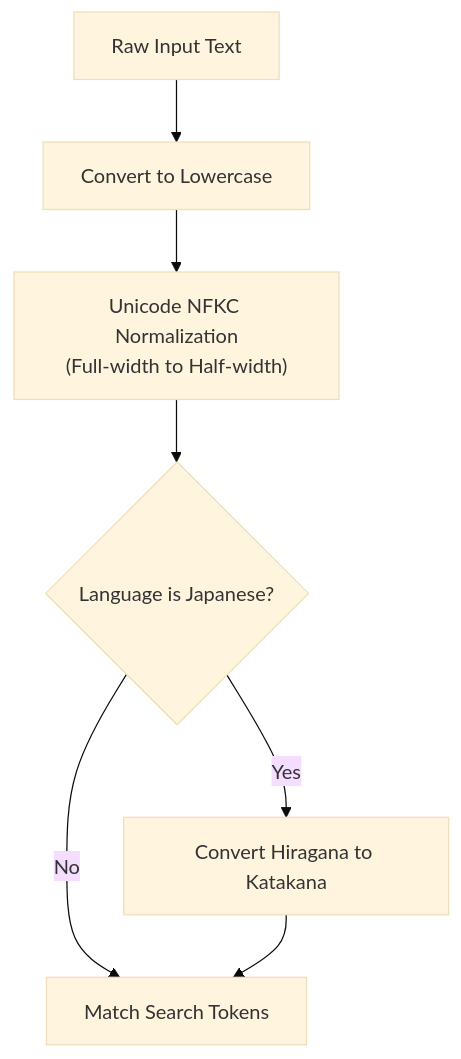
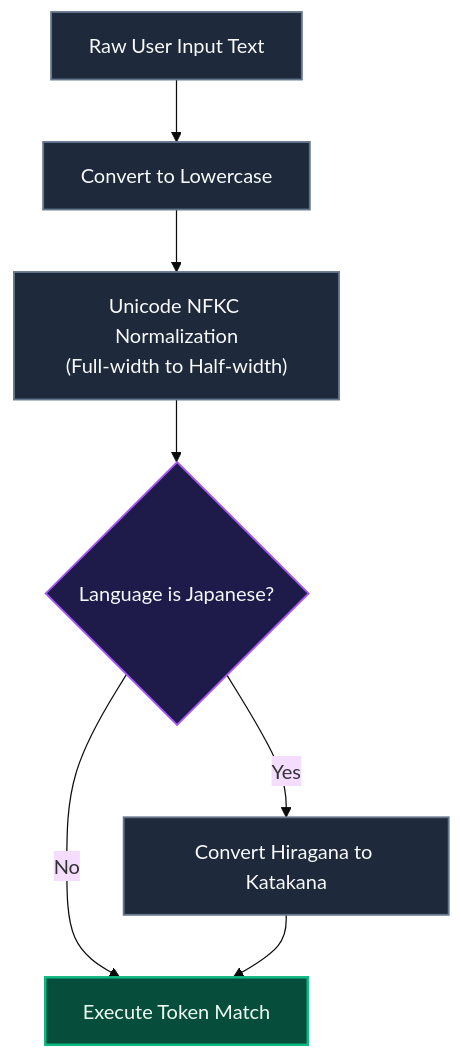
One commit to ScriptureHabit/scripture-habit changed the first of 2 diagrams in docs/incremental-book-suggestions.md. Above: the diagram before and after it, drawn with Mermaid (base theme). The commit also changed other lines of this file and 57 other files, not shown here.

Commit message:
docs: refine documentation prose and add structured diagram breakdowns across JA and EN

````diff
--- a/docs/incremental-book-suggestions.md
+++ b/docs/incremental-book-suggestions.md
@@ -11,9 +11,13 @@
 ```mermaid
 flowchart TD
-    Input["Raw Input Text"] --> Lower["Convert to Lowercase"]
-    Lower --> NFKC["Unicode NFKC Normalization<br/>(Full-width to Half-width)"]
-    NFKC --> IsJa{"Language is Japanese?"}
-    IsJa -- "Yes" --> HiraToKata["Convert Hiragana to Katakana"]
-    IsJa -- "No" --> Search["Match Search Tokens"]
+    classDef step fill:#1e293b,stroke:#64748b,stroke-width:1.5px,color:#f8fafc;
+    classDef branch fill:#1e1b4b,stroke:#a855f7,stroke-width:1.5px,color:#f8fafc;
+    classDef match fill:#064e3b,stroke:#10b981,stroke-width:2px,color:#f0fdf4;
+
+    Input["Raw User Input Text"]:::step --> Lower["Convert to Lowercase"]:::step
+    Lower --> NFKC["Unicode NFKC Normalization<br/>(Full-width to Half-width)"]:::step
+    NFKC --> IsJa{"Language is Japanese?"}:::branch
+    IsJa -- "Yes" --> HiraToKata["Convert Hiragana to Katakana"]:::step
+    IsJa -- "No" --> Search["Execute Token Match"]:::match
     HiraToKata --> Search
 ```
````
